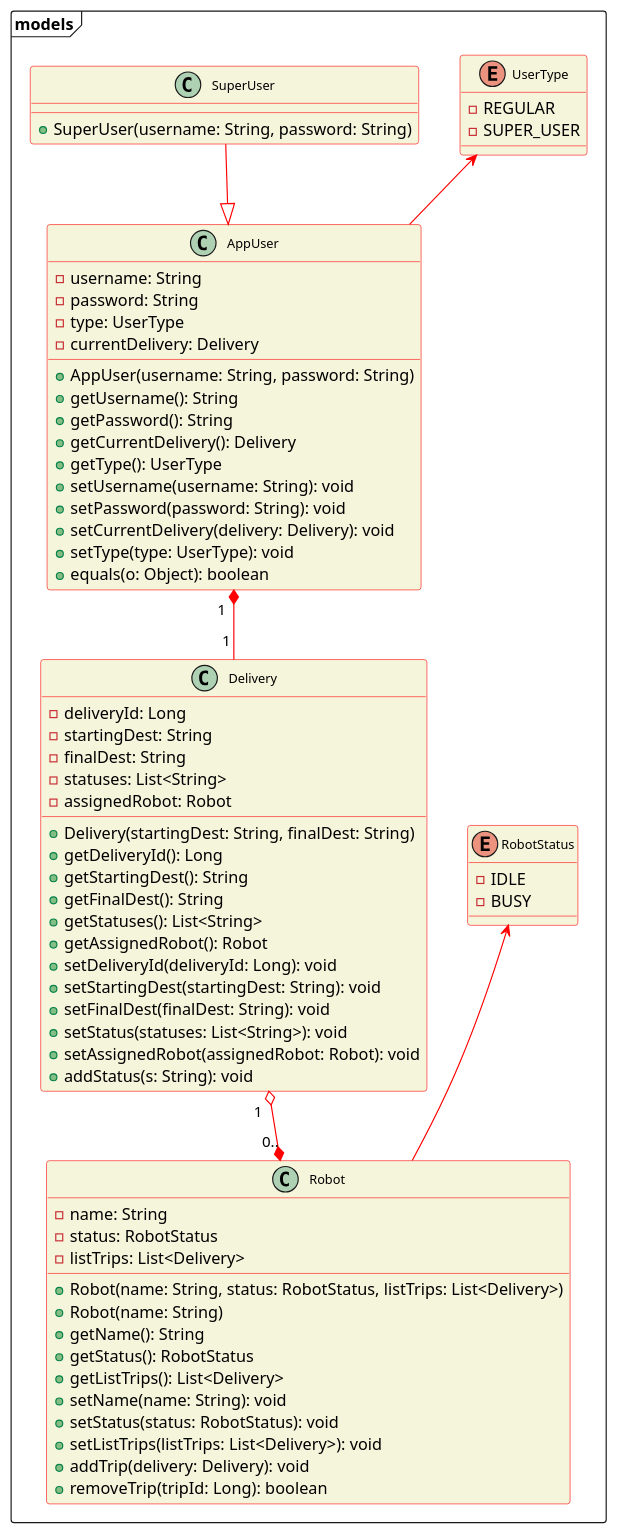
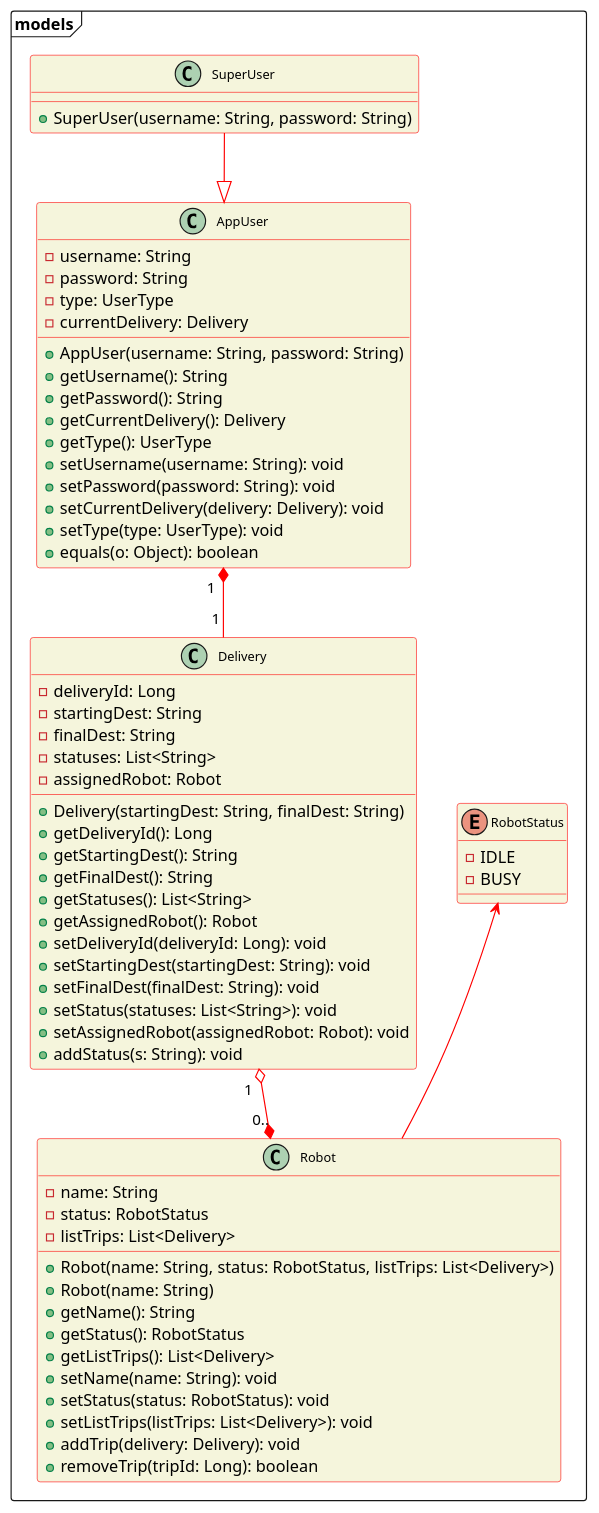
Before and after one commit to bardia-p/carleton-mail-delivery-robot: the diagram in diagrams/src/plantuml_files/UML_diagram.plantuml, drawn with PlantUML. The commit also changed 4 other files, not shown here.

First line of the commit message:
Add new diagrams: Updated UML and new use case diagram for web application (#70)

```diff
--- a/diagrams/src/plantuml_files/UML_diagram.plantuml
+++ b/diagrams/src/plantuml_files/UML_diagram.plantuml
@@ -1,86 +1,80 @@
 @startuml UML_diagram
 skinparam classFontSize 11
 skinparam classBackgroundColor beige
 skinparam ClassBorderColor red
 skinparam ArrowColor red
 
 
 package "models" <<frame>> {
 
     class "AppUser" {
         - username: String
         - password: String
         - type: UserType
         - currentDelivery: Delivery
         + AppUser(username: String, password: String)
         + getUsername(): String
         + getPassword(): String
         + getCurrentDelivery(): Delivery
         + getType(): UserType
         + setUsername(username: String): void
         + setPassword(password: String): void
         + setCurrentDelivery(delivery: Delivery): void
         + setType(type: UserType): void
         + equals(o: Object): boolean
     }
 
     class "SuperUser" {
         + SuperUser(username: String, password: String)
-    }
-
-    enum "UserType" {
-        - REGULAR
-        - SUPER_USER
     }
 
     class "Robot" {
         - name: String
         - status: RobotStatus
         - listTrips: List<Delivery>
         + Robot(name: String, status: RobotStatus, listTrips: List<Delivery>)
         + Robot(name: String)
         + getName(): String
         + getStatus(): RobotStatus
         + getListTrips(): List<Delivery>
         + setName(name: String): void
         + setStatus(status: RobotStatus): void
         + setListTrips(listTrips: List<Delivery>): void
         + addTrip(delivery: Delivery): void
         + removeTrip(tripId: Long): boolean
     }
 
 
     enum "RobotStatus" {
         - IDLE
         - BUSY
     }
 
     class "Delivery" {
         - deliveryId: Long
         - startingDest: String
         - finalDest: String
         - statuses: List<String>
         - assignedRobot: Robot
         + Delivery(startingDest: String, finalDest: String)
         + getDeliveryId(): Long
         + getStartingDest(): String
         + getFinalDest(): String
         + getStatuses(): List<String>
         + getAssignedRobot(): Robot
         + setDeliveryId(deliveryId: Long): void
         + setStartingDest(startingDest: String): void
         + setFinalDest(finalDest: String): void
         + setStatus(statuses: List<String>): void
         + setAssignedRobot(assignedRobot: Robot): void
         + addStatus(s: String): void
     }
 }
 
 ' Relationship arrows
 "Robot" -up-> "RobotStatus"
 
 "Delivery" "1  " o--* "0.." "Robot"
 "AppUser" "1  " *-- "1 " "Delivery"
-"AppUser" -up-> "UserType"
 "SuperUser" --|> "AppUser"
 @enduml
```
